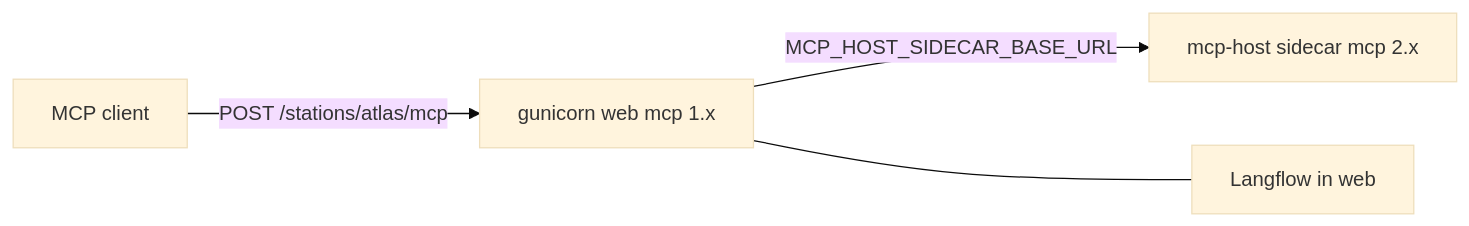
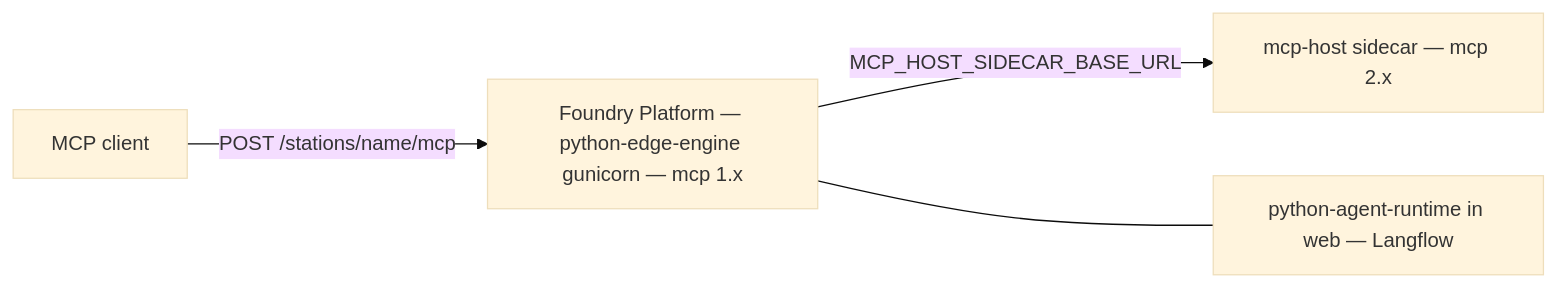
The diagram in _bmad-output/projects/pyforge-steward/planning-artifacts/specs/spec-mcp-era-isolation/architecture-diagrams.md (rxm7706/local-recipes), drawn with Mermaid (base theme) before and after one commit. The commit also changed other lines of this file and 18 other files, not shown here.

````diff
--- a/_bmad-output/projects/pyforge-steward/planning-artifacts/specs/spec-mcp-era-isolation/architecture-diagrams.md
+++ b/_bmad-output/projects/pyforge-steward/planning-artifacts/specs/spec-mcp-era-isolation/architecture-diagrams.md
@@ -3,10 +5,10 @@
 ```mermaid
 flowchart LR
   Client[MCP client]
-  Host["gunicorn web mcp 1.x"]
-  Side["mcp-host sidecar mcp 2.x"]
-  LF[Langflow in web]
-  Client -->|"POST /stations/atlas/mcp"| Host
+  Host["Foundry Platform — python-edge-engine gunicorn — mcp 1.x"]
+  Side["mcp-host sidecar — mcp 2.x"]
+  LF["python-agent-runtime in web — Langflow"]
+  Client -->|"POST /stations/name/mcp"| Host
   Host -->|"MCP_HOST_SIDECAR_BASE_URL"| Side
   Host --- LF
 ```
````
